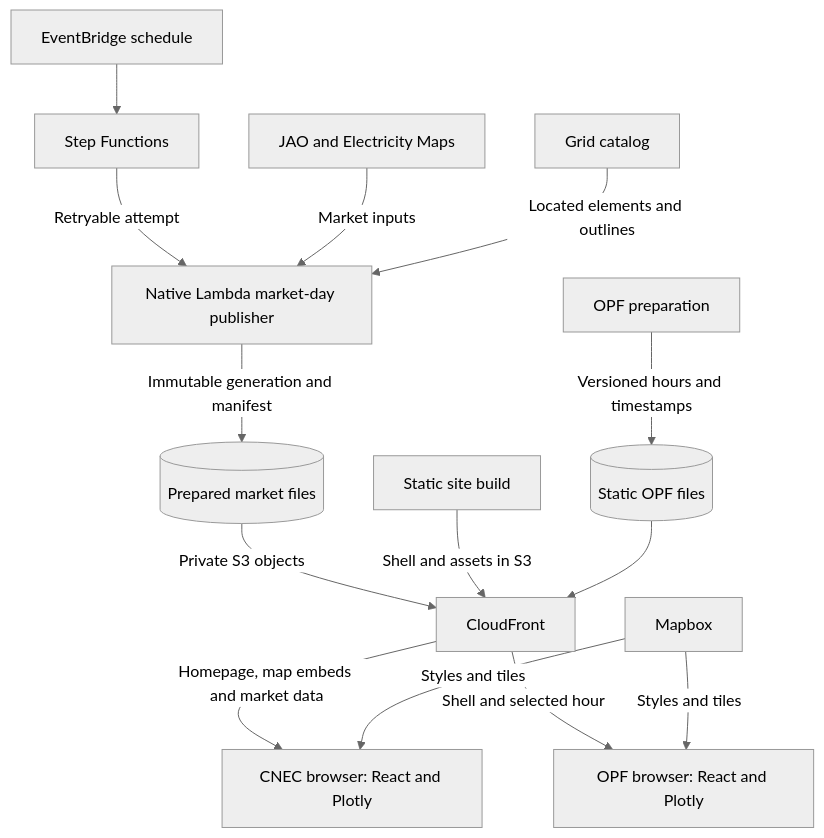
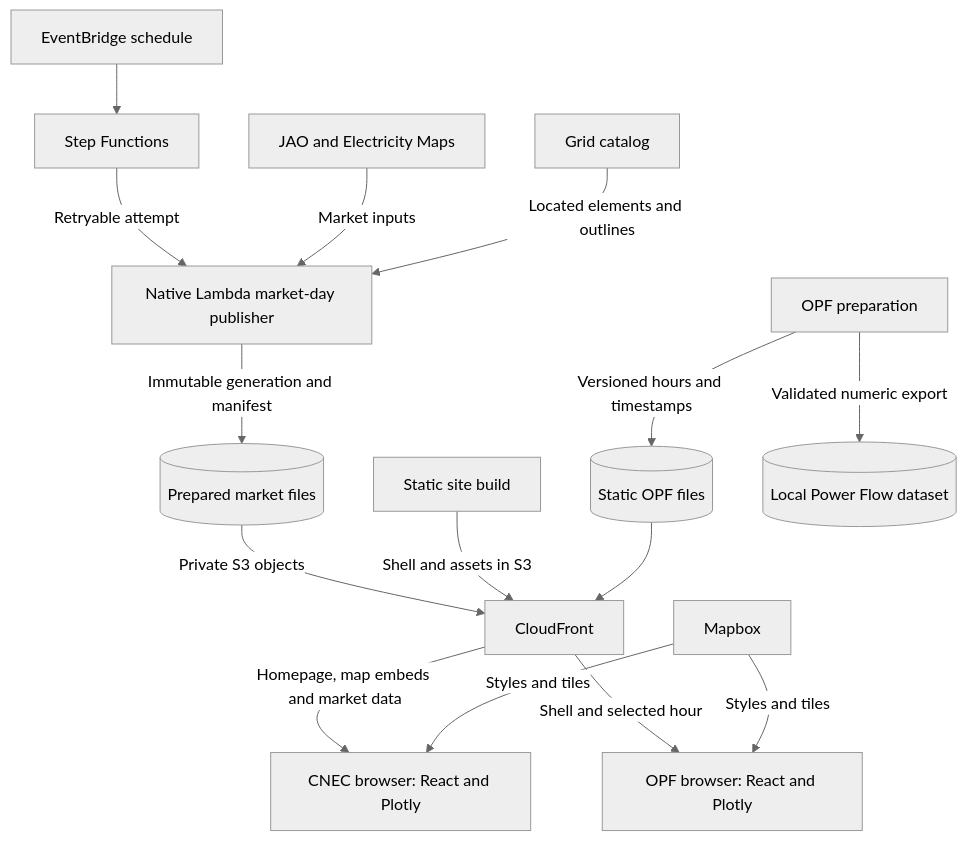
Before and after one commit to zoltanmaric/coppersushi: the diagram in README.md, drawn with Mermaid (neutral theme). The commit also changed 7 other files, not shown here.

First line of the commit message:
Export validated Power Flow network data (#267)

````diff
--- a/README.md
+++ b/README.md
@@ -40,20 +40,21 @@
 ```mermaid
 flowchart TB
     schedule["EventBridge schedule"] --> workflow["Step Functions"]
     workflow -->|Retryable attempt| publication
     market["JAO and Electricity Maps"] -->|Market inputs| publication["Native Lambda market-day publisher"]
     catalog["Grid catalog"] -->|Located elements and outlines| publication
     publication -->|Immutable generation and manifest| prepared[("Prepared market files")]
     prepared -->|Private S3 objects| edge["CloudFront"]
     build["Static site build"] -->|Shell and assets in S3| edge
     edge -->|Homepage, map embeds and market data| browser["CNEC browser: React and Plotly"]
     opf["OPF preparation"] -->|Versioned hours and timestamps| opffiles[("Static OPF files")]
+    opf -->|Validated numeric export| localopf[("Local Power Flow dataset")]
     opffiles --> edge
     edge -->|Shell and selected hour| opfbrowser["OPF browser: React and Plotly"]
     maps["Mapbox"] -->|Styles and tiles| browser
     maps -->|Styles and tiles| opfbrowser
     click catalog "https://github.com/zoltanmaric/coppersushi/blob/main/coppersushi/grid_catalog/README.md" "Grid catalog"
     click opf "https://github.com/zoltanmaric/coppersushi/blob/main/coppersushi/opf/README.md" "OPF"
     click publication "https://github.com/zoltanmaric/coppersushi/blob/main/coppersushi/publication/README.md" "Publication"
     click browser "https://github.com/zoltanmaric/coppersushi/blob/main/frontend/README.md" "CNEC browser"
 ```
````
